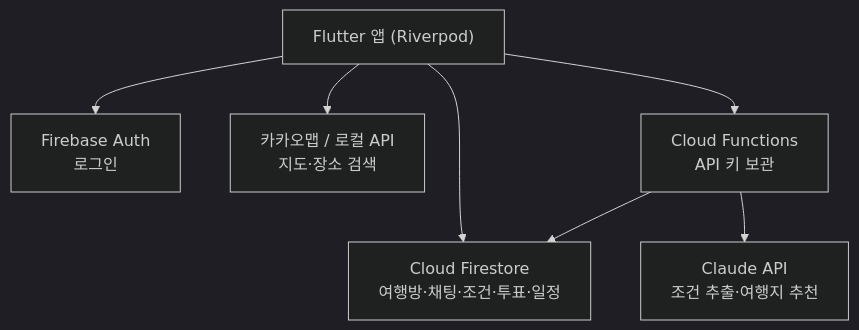
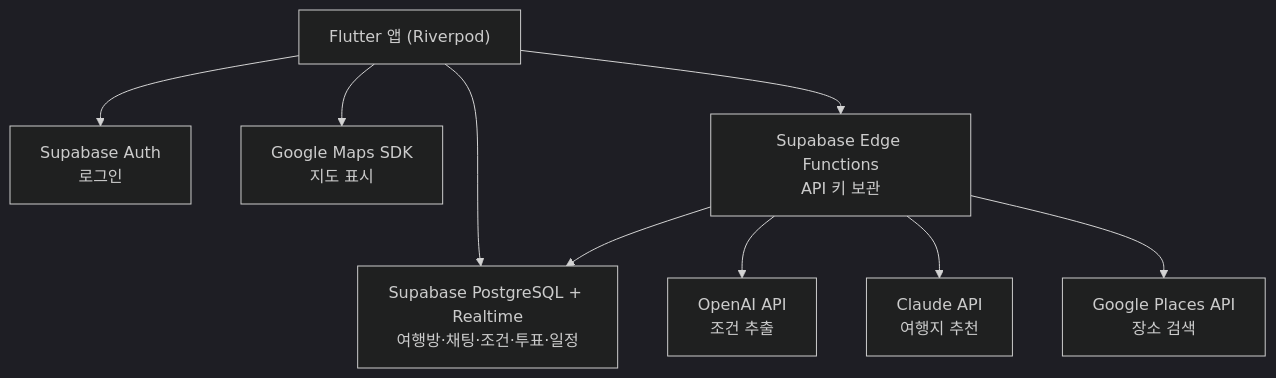
One commit to khwoo1803-hanyang/aix-2026f-team11 changed the diagram in docs/week-07.md. Above: the diagram before and after it, drawn with Mermaid (dark theme). The commit also changed other lines of this file and 4 other files, not shown here.

Commit message:
docs: 기술 구성을 Supabase, OpenAI·Claude, Google Maps 기준으로 변경

````diff
--- a/docs/week-07.md
+++ b/docs/week-07.md
@@ -11,10 +11,12 @@
 ```mermaid
 graph TD
     App["Flutter 앱 (Riverpod)"]
-    App --> Auth["Firebase Auth<br/>로그인"]
-    App --> Store["Cloud Firestore<br/>여행방·채팅·조건·투표·일정"]
-    App --> Kakao["카카오맵 / 로컬 API<br/>지도·장소 검색"]
-    App --> Fn["Cloud Functions<br/>API 키 보관"]
-    Fn --> Claude["Claude API<br/>조건 추출·여행지 추천"]
+    App --> Auth["Supabase Auth<br/>로그인"]
+    App --> Store["Supabase PostgreSQL + Realtime<br/>여행방·채팅·조건·투표·일정"]
+    App --> Maps["Google Maps SDK<br/>지도 표시"]
+    App --> Fn["Supabase Edge Functions<br/>API 키 보관"]
+    Fn --> OpenAI["OpenAI API<br/>조건 추출"]
+    Fn --> Claude["Claude API<br/>여행지 추천"]
+    Fn --> Places["Google Places API<br/>장소 검색"]
     Fn --> Store
 ```
````
